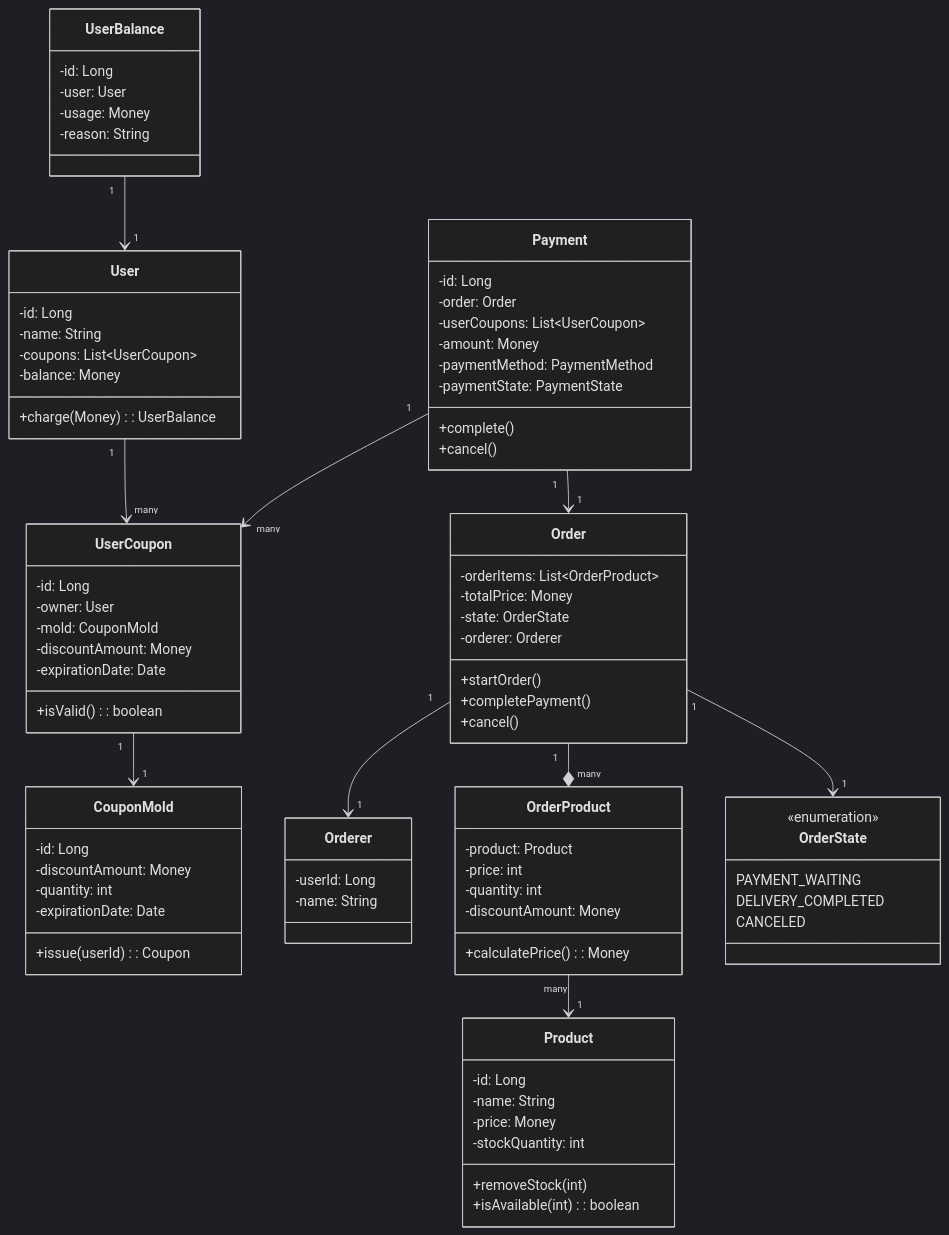
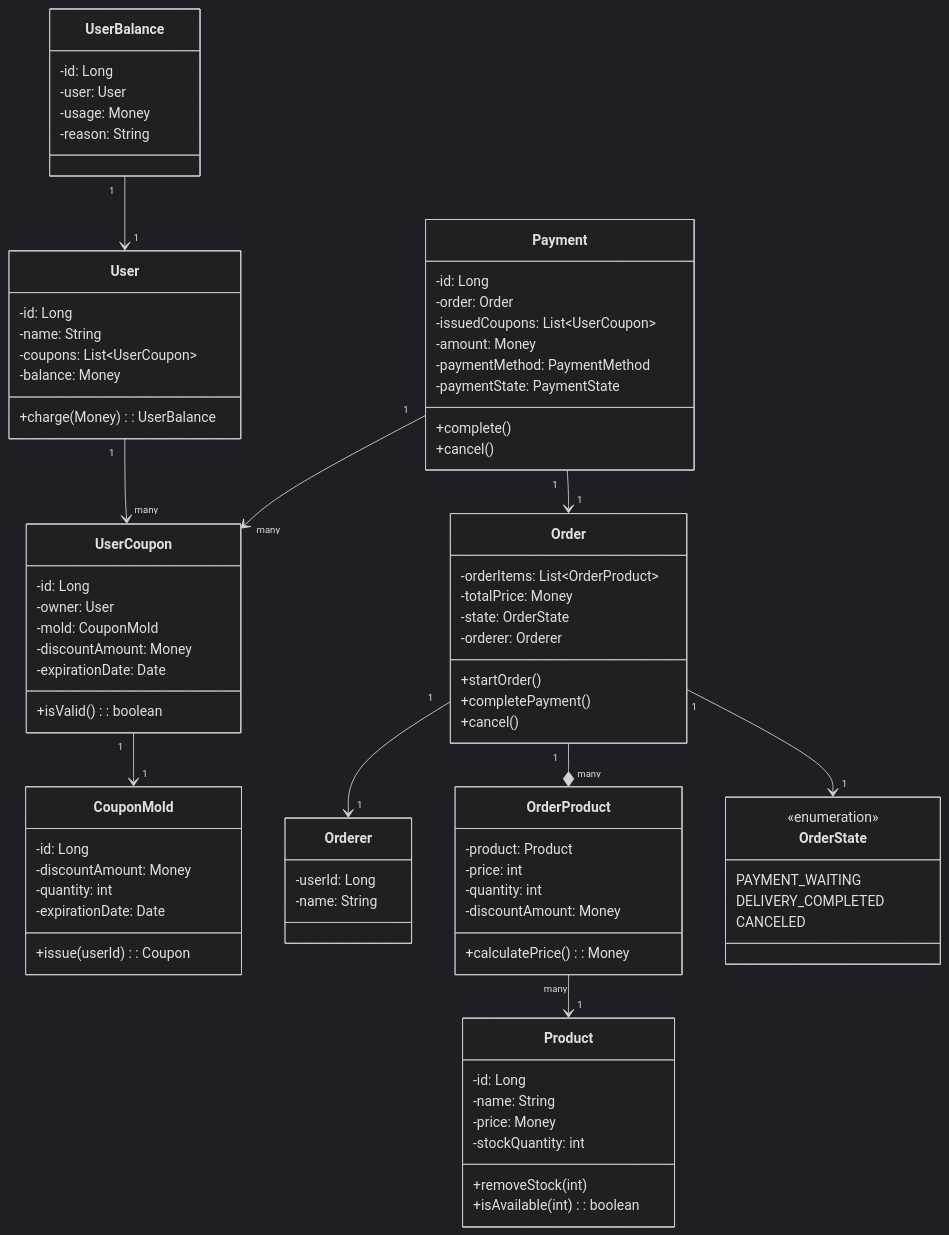
Before and after one commit to leesh5000/hhplus-server: the diagram in docs/class-diagram.md, drawn with Mermaid (dark theme). The commit also changed 87 other files, not shown here.

```diff
--- a/docs/class-diagram.md
+++ b/docs/class-diagram.md
@@ -81,7 +81,7 @@
     class Payment {
         -id: Long
         -order: Order
-        -userCoupons: List~UserCoupon~
+        -issuedCoupons: List~UserCoupon~
         -amount: Money
         -paymentMethod: PaymentMethod
         -paymentState: PaymentState
```
